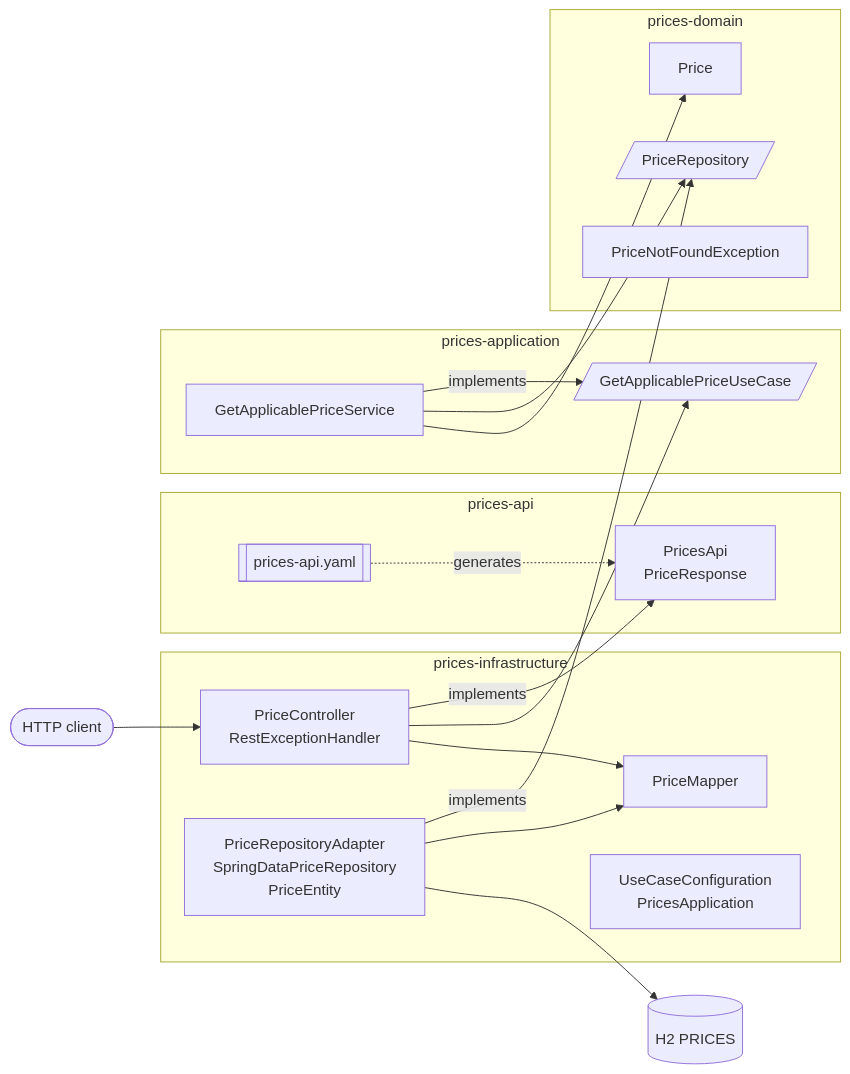
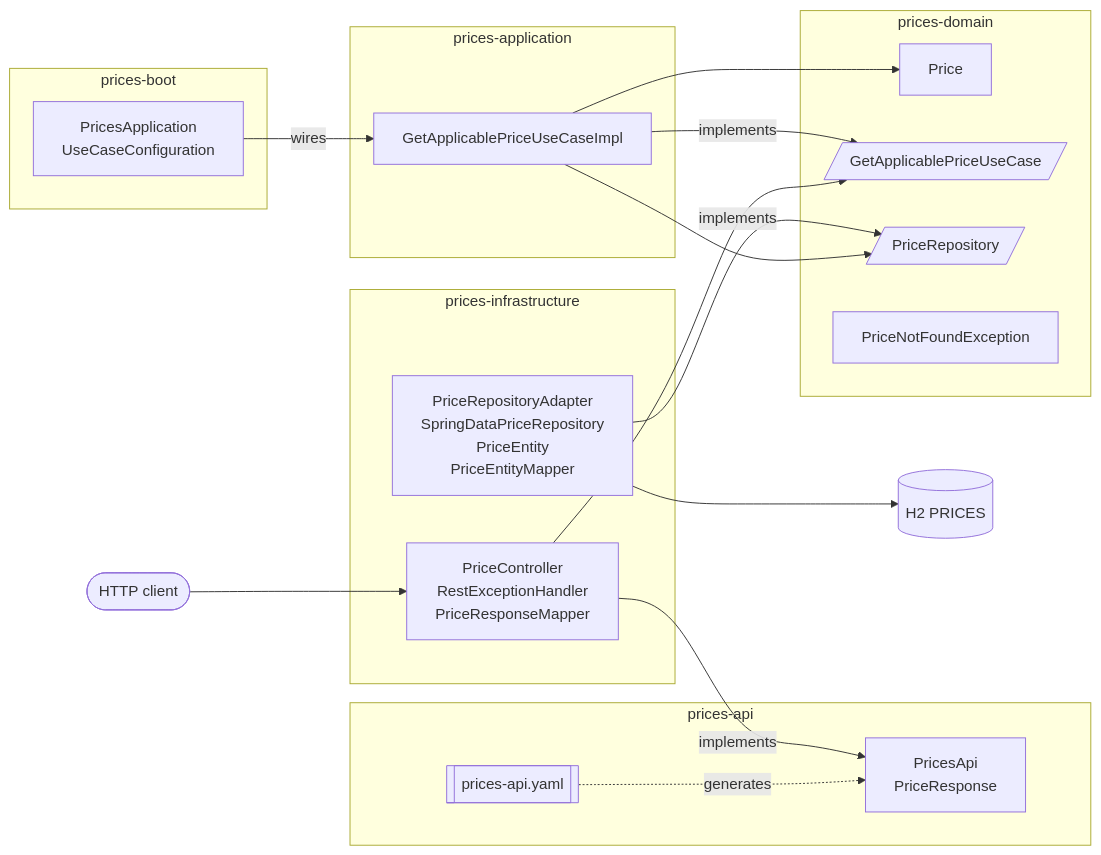
The first of 2 diagrams in docs/adr/0001-hexagonal-architecture-and-ddd.md (burillolo/inditex-prices), drawn with Mermaid before and after one commit. The commit also changed other lines of this file and 32 other files, not shown here.

Commit message:
Mejoras estructura hexagonal: dependia dominio, módulo arranque, port in dominio, separacion conceptos mappers Consulta bbdd uso repository find

````diff
--- a/docs/adr/0001-hexagonal-architecture-and-ddd.md
+++ b/docs/adr/0001-hexagonal-architecture-and-ddd.md
@@ -25,36 +26,37 @@
 ```mermaid
 flowchart LR
     client([HTTP client]) --> rest
 
     subgraph infrastructure[prices-infrastructure]
-        rest[PriceController<br/>RestExceptionHandler]
-        jpa[PriceRepositoryAdapter<br/>SpringDataPriceRepository<br/>PriceEntity]
-        mapper[PriceMapper]
-        config[UseCaseConfiguration<br/>PricesApplication]
+        rest[PriceController<br/>RestExceptionHandler<br/>PriceResponseMapper]
+        jpa[PriceRepositoryAdapter<br/>SpringDataPriceRepository<br/>PriceEntity<br/>PriceEntityMapper]
+    end
+
+    subgraph boot[prices-boot]
+        config[PricesApplication<br/>UseCaseConfiguration]
     end
 
     subgraph api[prices-api]
         contract[[prices-api.yaml]] -.generates.-> pricesApi[PricesApi<br/>PriceResponse]
     end
 
     subgraph application[prices-application]
-        port_in[/GetApplicablePriceUseCase/]
-        service[GetApplicablePriceService]
+        service[GetApplicablePriceUseCaseImpl]
     end
 
     subgraph domain[prices-domain]
         price[Price]
+        port_in[/GetApplicablePriceUseCase/]
         port_out[/PriceRepository/]
         ex[PriceNotFoundException]
     end
 
     rest -- implements --> pricesApi
     rest --> port_in
     service -- implements --> port_in
     service --> port_out
     service --> price
     jpa -- implements --> port_out
-    rest --> mapper
-    jpa --> mapper
+    config -- wires --> service
     jpa --> h2[(H2 PRICES)]
 ```
````
